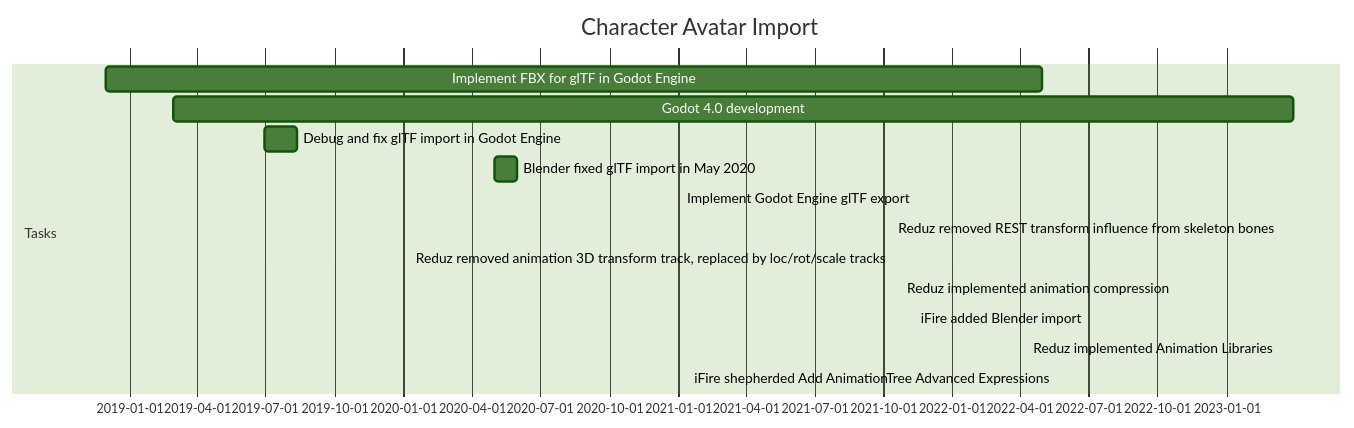
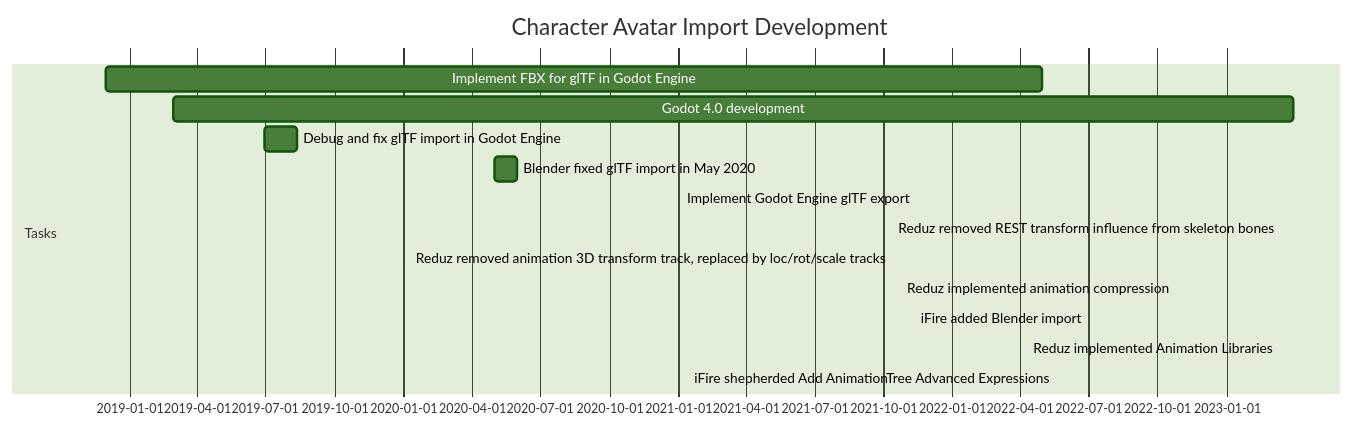
The diagram in features/be_an_avatar_visit_places.md (V-Sekai/manuals), drawn with Mermaid (forest theme) before and after one commit. The commit also changed other lines of this file, not shown here.

Commit message:
V-Sekai: Your Avatar, Your World

````diff
--- a/features/be_an_avatar_visit_places.md
+++ b/features/be_an_avatar_visit_places.md
@@ -12,18 +23,18 @@
 ```mermaid
 gantt
     dateFormat  YYYY-MM-DD
-    title       Character Avatar Import
+    title       Character Avatar Import Development
 
     section Tasks
     Implement FBX for glTF in Godot Engine :a1, 2018-12-01, 2022-04-30
     Godot 4.0 development                      :a5, 2019-03-01, 2023-03-31
     Debug and fix glTF import in Godot Engine :a2, 2019-07-01, 2019-08-12
     Blender fixed glTF import in May 2020      :a3, 2020-05-01, 2020-05-31
     Implement Godot Engine glTF export        :a4, 2021-01-04, 2021-01-04
     Reduz removed REST transform influence from skeleton bones :a10, 2021-10-13, 2021-10-13
     Reduz removed animation 3D transform track, replaced by loc/rot/scale tracks :a11, 2021-10-13, 2021-10-13
     Reduz implemented animation compression   :a8, 2021-10-25, 2021-10-25
     iFire added Blender import                 :a7, 2021-11-11, 2021-11-11
     Reduz implemented Animation Libraries     :a6, 2022-04-11, 2022-04-11
     iFire shepherded Add AnimationTree Advanced Expressions :a9, 2022-05-19, 2022-05-19
 ```
````
